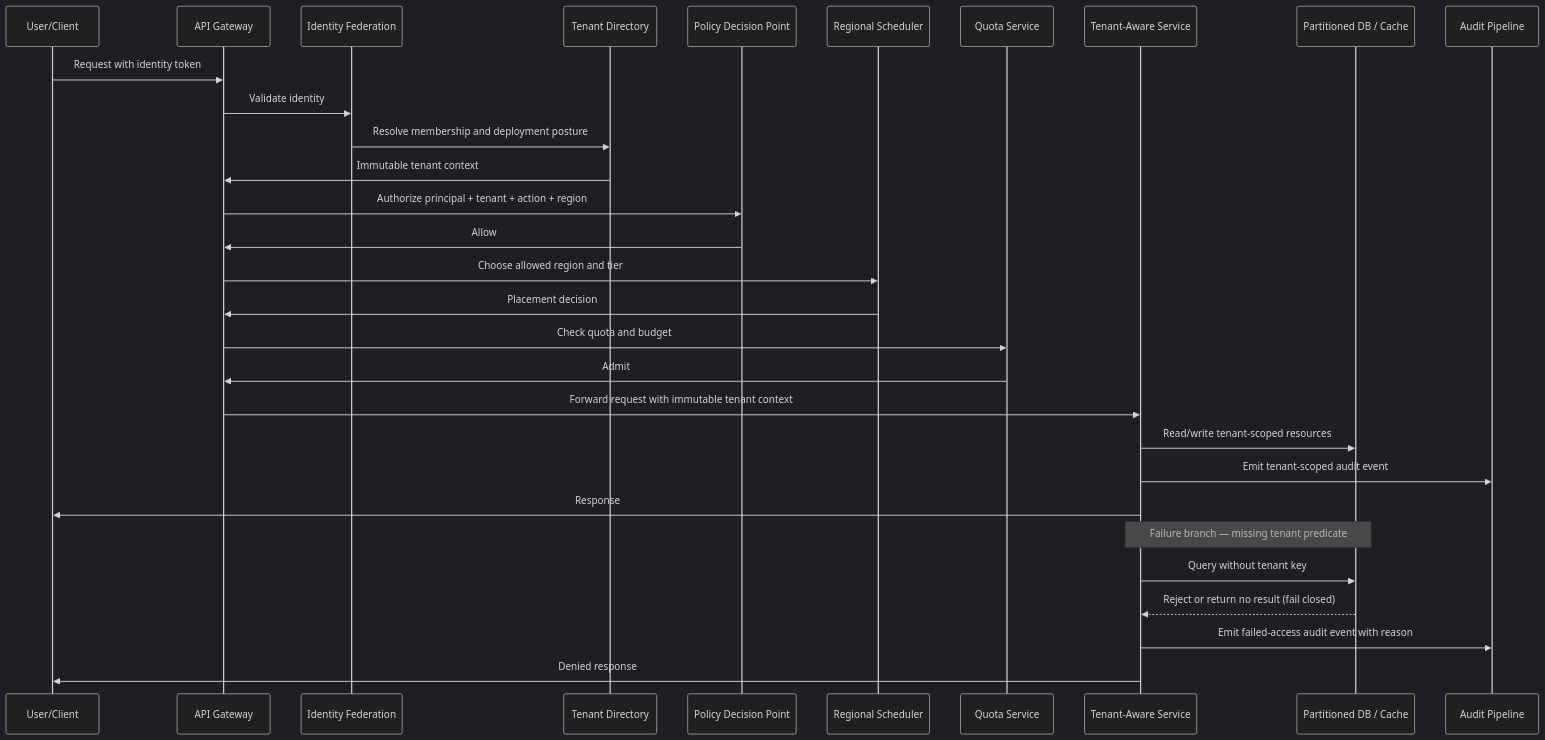
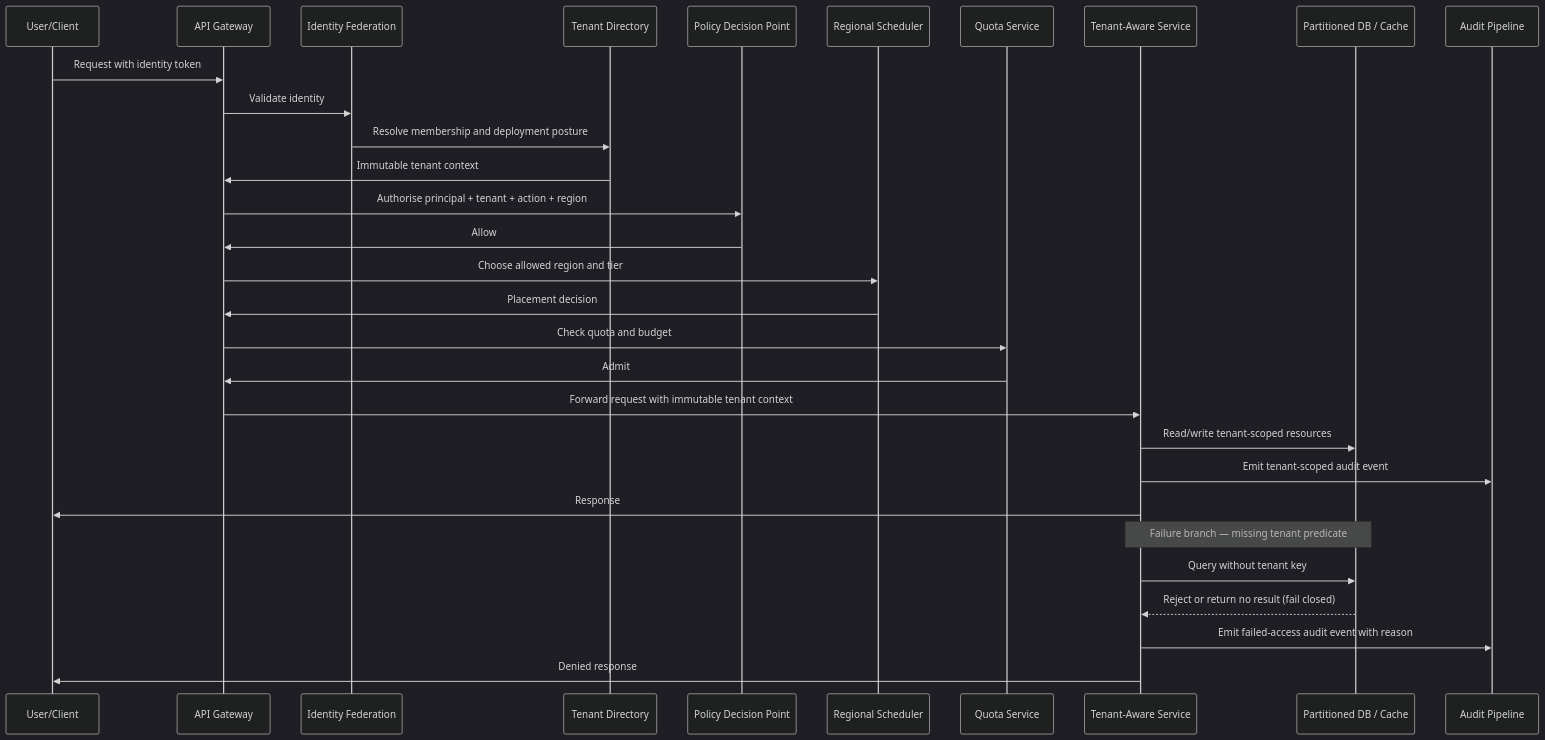
One commit to Sourav692/Forward-Deployed-Engineer-Interview-Prep changed the third of 3 diagrams in site/content/modules/15-fde-case-studies/platforms-and-scale/secure-multi-tenant-ai-platform/full-pack-part-2.md. Above: the diagram before and after it, drawn with Mermaid (dark theme). The commit also changed other lines of this file and 191 other files, not shown here.

First line of the commit message:
content: British spellings inside diagrams (AF-06)

````diff
--- a/site/content/modules/15-fde-case-studies/platforms-and-scale/secure-multi-tenant-ai-platform/full-pack-part-2.md
+++ b/site/content/modules/15-fde-case-studies/platforms-and-scale/secure-multi-tenant-ai-platform/full-pack-part-2.md
@@ -132,32 +132,32 @@
 ```mermaid
 sequenceDiagram
     participant User as User/Client
     participant GW as API Gateway
     participant IF as Identity Federation
     participant TD as Tenant Directory
     participant PDP as Policy Decision Point
     participant RS as Regional Scheduler
     participant Q as Quota Service
     participant TAS as Tenant-Aware Service
     participant DB as Partitioned DB / Cache
     participant Audit as Audit Pipeline
     User->>GW: Request with identity token
     GW->>IF: Validate identity
     IF->>TD: Resolve membership and deployment posture
     TD->>GW: Immutable tenant context
-    GW->>PDP: Authorize principal + tenant + action + region
+    GW->>PDP: Authorise principal + tenant + action + region
     PDP->>GW: Allow
     GW->>RS: Choose allowed region and tier
     RS->>GW: Placement decision
     GW->>Q: Check quota and budget
     Q->>GW: Admit
     GW->>TAS: Forward request with immutable tenant context
     TAS->>DB: Read/write tenant-scoped resources
     TAS->>Audit: Emit tenant-scoped audit event
     TAS->>User: Response
     Note over TAS,DB: Failure branch — missing tenant predicate
     TAS->>DB: Query without tenant key
     DB-->>TAS: Reject or return no result (fail closed)
     TAS->>Audit: Emit failed-access audit event with reason
     TAS->>User: Denied response
 ```
````
